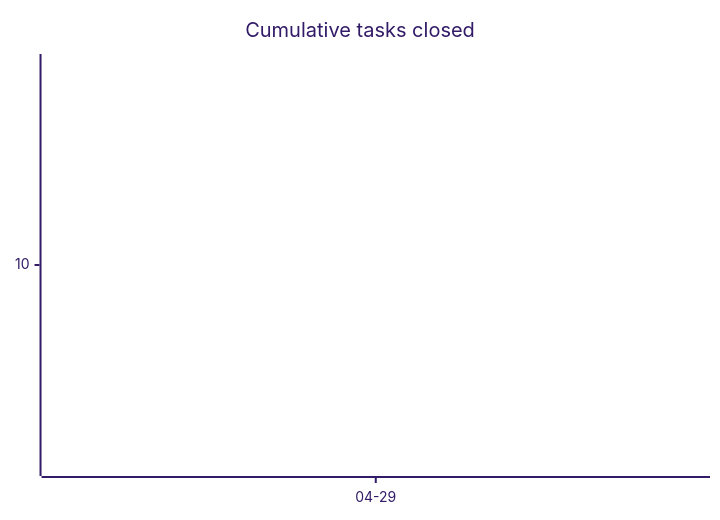
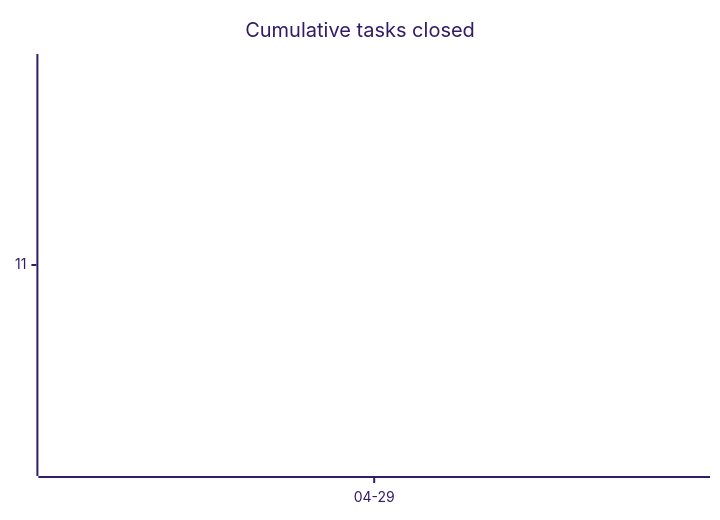
Before and after one commit to tgd1975/AwesomeStudioPedal: the first of 3 diagrams in docs/developers/tasks/OVERVIEW.md, drawn with Mermaid (forest theme). The commit also changed other lines of this file and 8 other files, not shown here.

````diff
--- a/docs/developers/tasks/OVERVIEW.md
+++ b/docs/developers/tasks/OVERVIEW.md
@@ -20,6 +20,6 @@
 ```mermaid
 xychart-beta
     title "Cumulative tasks closed"
     x-axis ["04-29"]
-    line [10]
+    line [11]
 ```
````
